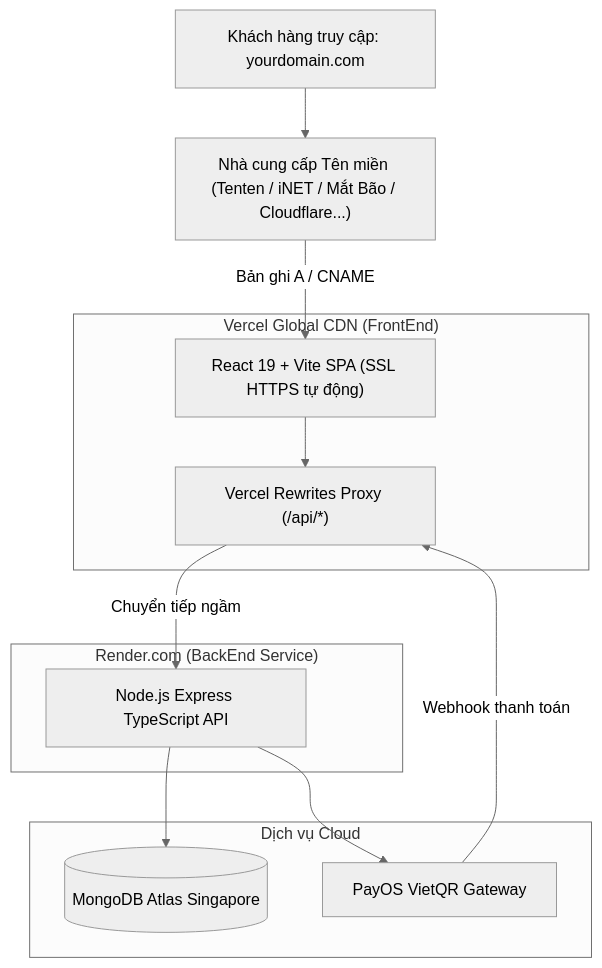
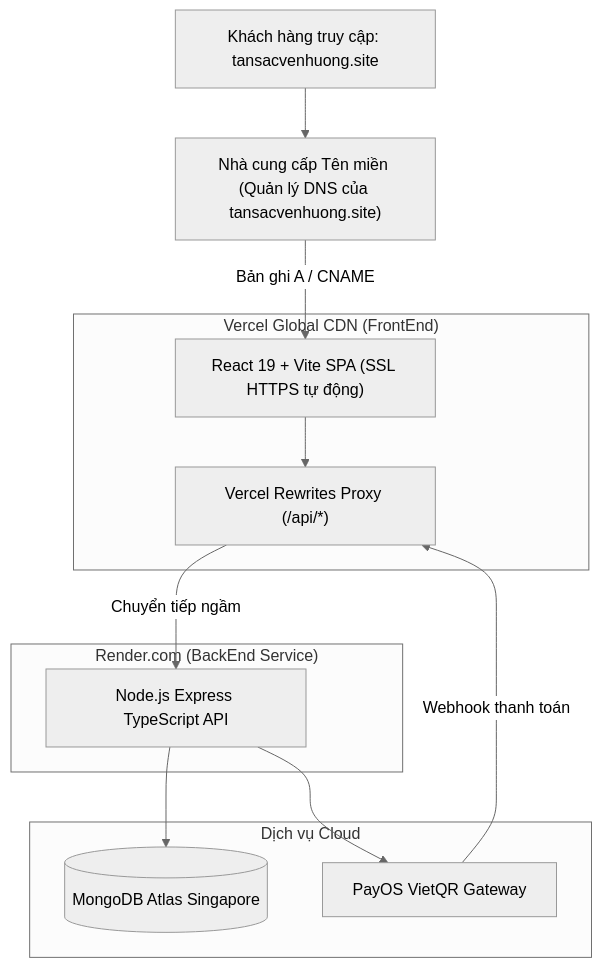
Before and after one commit to Thienkhoaaa/tansacvenhuong: the diagram in DEPLOYMENT_GUIDE.md, drawn with Mermaid (neutral theme). The commit also changed other lines of this file and 1 other file, not shown here.

Commit message:
chore: customize deployment guide and env for tansacvenhuong.site

````diff
--- a/DEPLOYMENT_GUIDE.md
+++ b/DEPLOYMENT_GUIDE.md
@@ -9,27 +9,27 @@
 ```mermaid
 flowchart TD
-    User["Khách hàng truy cập: yourdomain.com"]
-    DNS["Nhà cung cấp Tên miền (Tenten / iNET / Mắt Bão / Cloudflare...)"]
+    User["Khách hàng truy cập: tansacvenhuong.site"]
+    DNS["Nhà cung cấp Tên miền (Quản lý DNS của tansacvenhuong.site)"]
     
     subgraph Vercel ["Vercel Global CDN (FrontEnd)"]
         FE["React 19 + Vite SPA (SSL HTTPS tự động)"]
         Proxy["Vercel Rewrites Proxy (/api/*)"]
     end
     
     subgraph Render ["Render.com (BackEnd Service)"]
         BE["Node.js Express TypeScript API"]
     end
     
     subgraph CloudServices ["Dịch vụ Cloud"]
         DB[(MongoDB Atlas Singapore)]
         PayOS["PayOS VietQR Gateway"]
     end
 
     User --> DNS
     DNS -->|Bản ghi A / CNAME| FE
     FE --> Proxy
     Proxy -->|Chuyển tiếp ngầm| BE
     BE --> DB
     BE --> PayOS
     PayOS -->|Webhook thanh toán| Proxy
 ```
````
